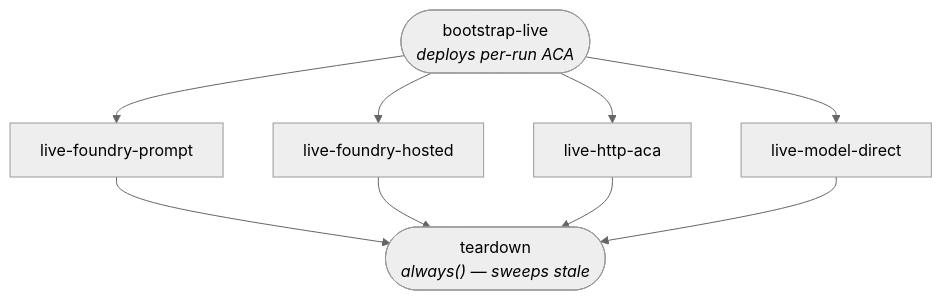
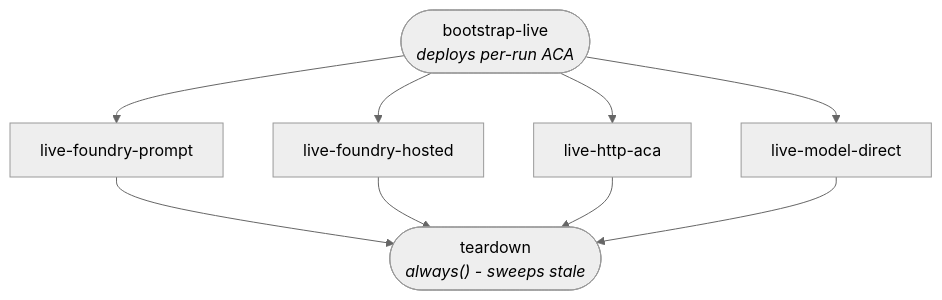
One commit to Azure/agentops changed the diagram in docs/e2e-live-architecture.md. Above: the diagram before and after it, drawn with Mermaid (neutral theme). The commit also changed other lines of this file and 104 other files, not shown here.

````diff
--- a/docs/e2e-live-architecture.md
+++ b/docs/e2e-live-architecture.md
@@ -35,18 +35,18 @@
 ```mermaid
 flowchart TD
     bootstrap(["bootstrap-live<br/><i>deploys per-run ACA</i>"])
     foundryPrompt["live-foundry-prompt"]
     foundryHosted["live-foundry-hosted"]
     httpAca["live-http-aca"]
     modelDirect["live-model-direct"]
-    teardown(["teardown<br/><i>always() — sweeps stale</i>"])
+    teardown(["teardown<br/><i>always() - sweeps stale</i>"])
 
     bootstrap --> foundryPrompt
     bootstrap --> foundryHosted
     bootstrap --> httpAca
     bootstrap --> modelDirect
     foundryPrompt --> teardown
     foundryHosted --> teardown
     httpAca --> teardown
     modelDirect --> teardown
 ```
````
